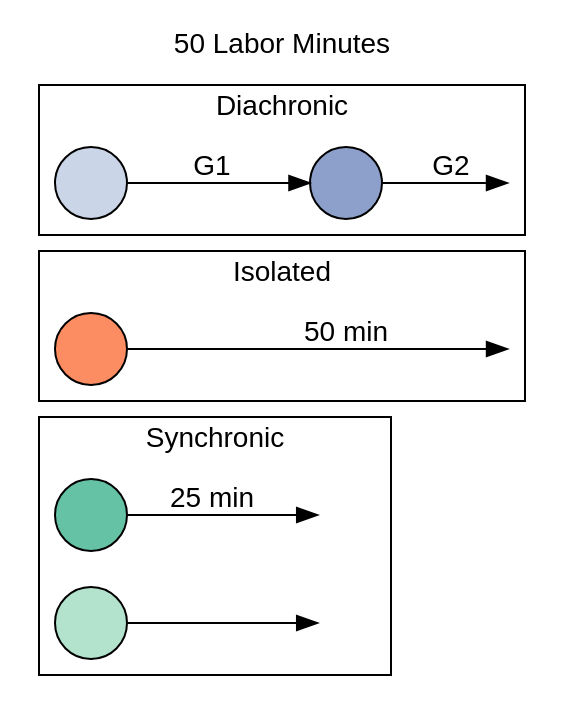
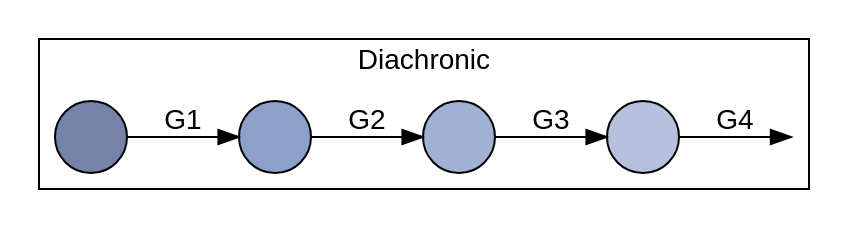
One commit to pedmiston/totems-data changed the diagram in inst/extdata/team-structures-exp1.gv. Above: the diagram before and after it, drawn with Graphviz. The commit also changed 2 other files, not shown here.

```diff
--- a/inst/extdata/team-structures-exp1.gv
+++ b/inst/extdata/team-structures-exp1.gv
@@ -1,46 +1,26 @@
 digraph {
   rankdir=LR;
-  label="50 Labor Minutes";
-  labelloc=t;
   fontname=helvetica;
   // bgcolor=transparent;
 
-  node[fontname=Helvetica; label=""; style=filled];
-  edge[fontname=Helvetica];
-
-  // Set cluster order (top to bottom) by initializing
-  // nodes in each cluster starting from bottom to top
-  s1, solo, d1;
-
-  // Shapes are projects
-  d1, d2, solo, s1, s2[shape=circle];
+  node[fontname=helvetica; label=""; style=filled; shape=circle];
+  edge[fontname=helvetica];
 
   // Colors are people
-  s1[fillcolor="#66C2A5"];
-  s2[fillcolor="#b3e2cd"];
-  d1[fillcolor="#cbd5e8"];
+  d1[fillcolor="#7483A7"];
   d2[fillcolor="#8DA0CB"];
-  solo[fillcolor="#FC8D62"]
+  d3[fillcolor="#A1B1D4"];
+  d4[fillcolor="#B6C2DD"];
 
   // Invisible last nodes
-  dinv1, soloinv1[style=invis, width=0];
-  sinv1, sinv2[style=invis, width=0.4];
+  dinv1[style=invis, width=0];
 
   subgraph cluster1 {
     label="Diachronic";
-    d1 -> d2[label="G1"]
-    d2 -> dinv1[label="G2"];
-  }
-
-  subgraph cluster2 {
-    label="Isolated";
-    solo -> soloinv1[minlen=2 label="50 min"];
-  }
-
-  subgraph cluster3 {
-    label="Synchronic";
-    s1 -> sinv1[label="25 min"];
-    s2 -> sinv2;
+    d1 -> d2[label="G1"];
+    d2 -> d3[label="G2"];
+    d3 -> d4[label="G3"];
+    d4 -> dinv1[label="G4"];
   }
 
 }
```
